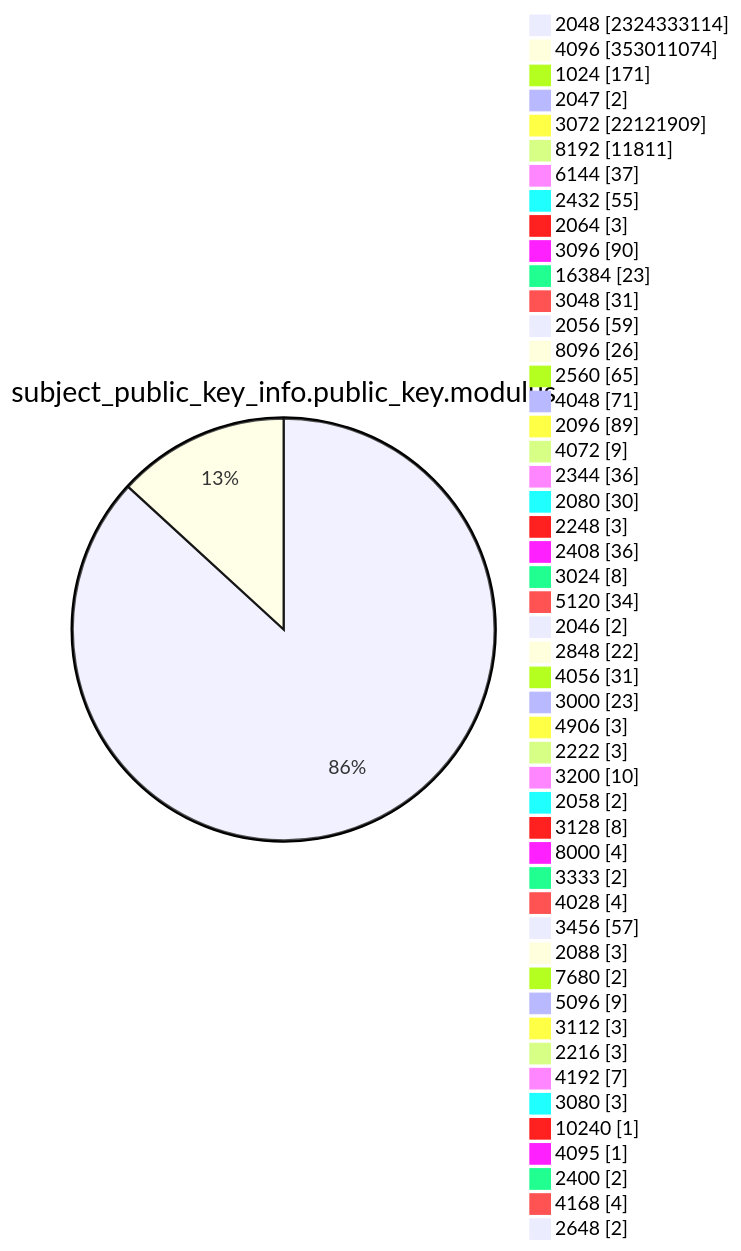
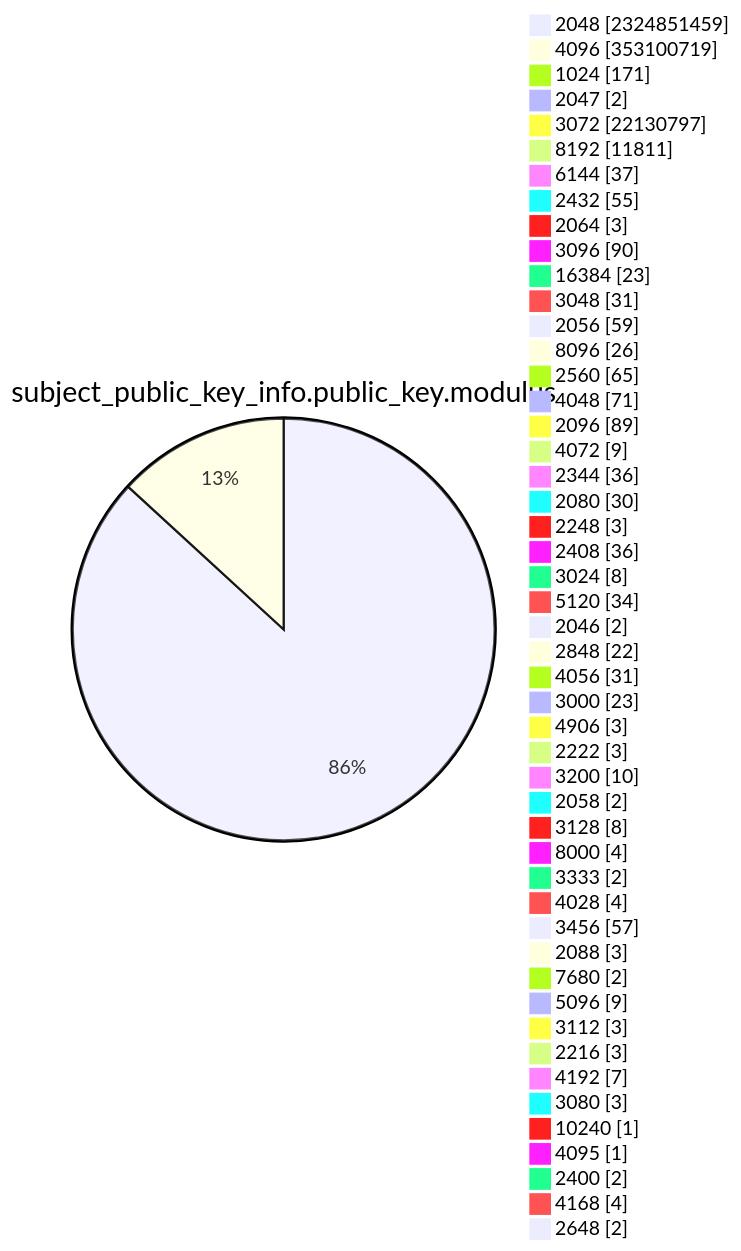
Diagram 13 of 15 in TOTAL/README.md (christiankrug/ctmonitor_visualization), drawn with Mermaid before and after one commit. The commit also changed other lines of this file, not shown here.

````diff
--- a/TOTAL/README.md
+++ b/TOTAL/README.md
@@ -4167,53 +4167,53 @@
 ```mermaid
 pie showData
 title subject_public_key_info.public_key.modulus
-"2048" :2324333114
-"4096" :353011074
+"2048" :2324851459
+"4096" :353100719
 "1024" :171
 "2047" :2
-"3072" :22121909
+"3072" :22130797
 "8192" :11811
 "6144" :37
 "2432" :55
 "2064" :3
 "3096" :90
 "16384" :23
 "3048" :31
 "2056" :59
 "8096" :26
 "2560" :65
 "4048" :71
 "2096" :89
 "4072" :9
 "2344" :36
 "2080" :30
 "2248" :3
 "2408" :36
 "3024" :8
 "5120" :34
 "2046" :2
 "2848" :22
 "4056" :31
 "3000" :23
 "4906" :3
 "2222" :3
 "3200" :10
 "2058" :2
 "3128" :8
 "8000" :4
 "3333" :2
 "4028" :4
 "3456" :57
 "2088" :3
 "7680" :2
 "5096" :9
 "3112" :3
 "2216" :3
 "4192" :7
 "3080" :3
 "10240" :1
 "4095" :1
 "2400" :2
 "4168" :4
 "2648" :2
 ```
````
